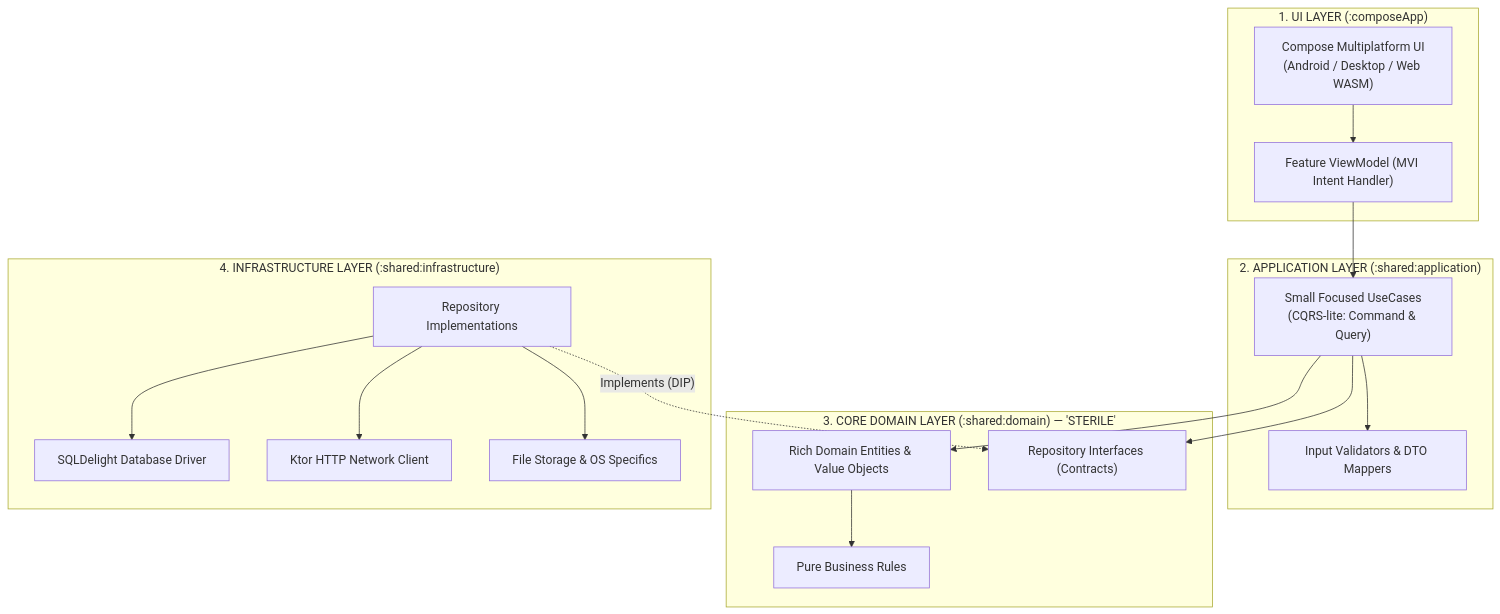
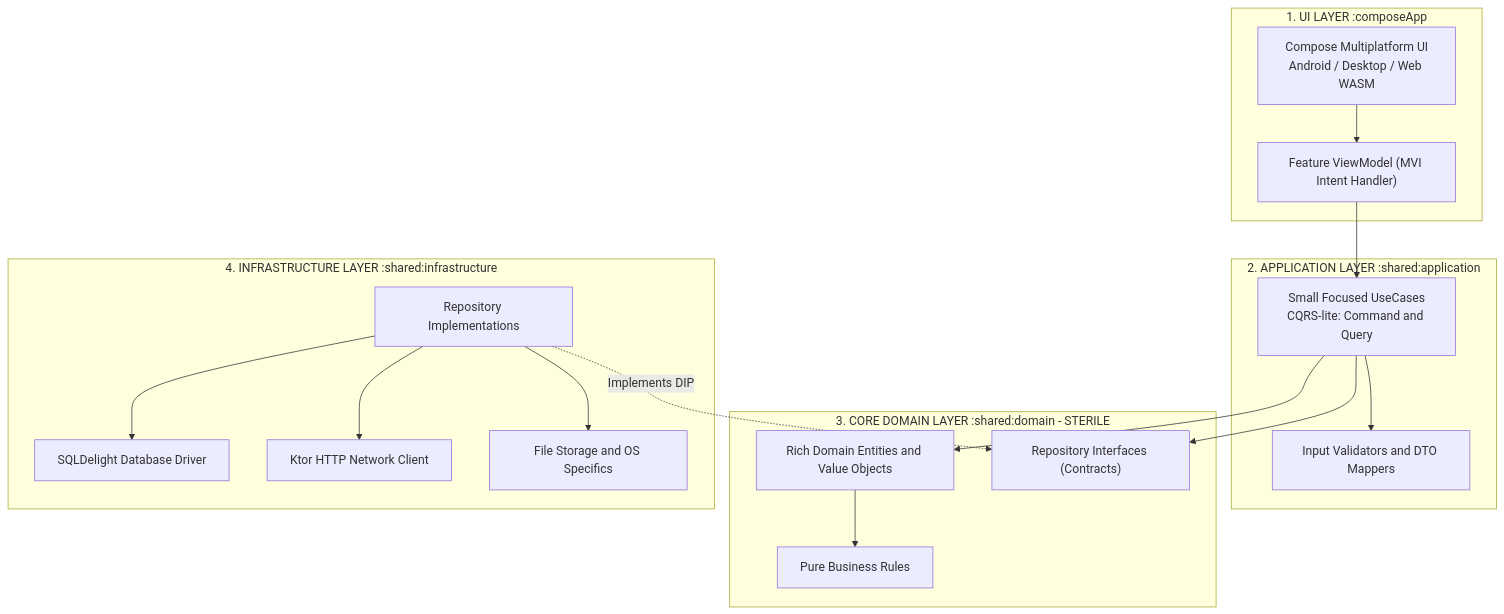
The first of 2 diagrams in content/posts/skills-kmp-architecture-design-patterns.en.md (vinh-gogo/glory-hinody), drawn with Mermaid before and after one commit. The commit also changed other lines of this file and 3 other files, not shown here.

Commit message:
fix: remove stat tags from post detail and fix mermaid diagram syntax

````diff
--- a/content/posts/skills-kmp-architecture-design-patterns.en.md
+++ b/content/posts/skills-kmp-architecture-design-patterns.en.md
@@ -57,35 +57,35 @@
 ```mermaid
 flowchart TD
-    subgraph UI_LAYER["1. UI LAYER (:composeApp)"]
-        UI["Compose Multiplatform UI<br/>(Android / Desktop / Web WASM)"]
+    subgraph UI_LAYER["1. UI LAYER :composeApp"]
+        UI["Compose Multiplatform UI<br/>Android / Desktop / Web WASM"]
         VM["Feature ViewModel (MVI Intent Handler)"]
         UI --> VM
     end
 
-    subgraph APP_LAYER["2. APPLICATION LAYER (:shared:application)"]
-        UC["Small Focused UseCases<br/>(CQRS-lite: Command & Query)"]
-        VAL["Input Validators & DTO Mappers"]
+    subgraph APP_LAYER["2. APPLICATION LAYER :shared:application"]
+        UC["Small Focused UseCases<br/>CQRS-lite: Command and Query"]
+        VAL["Input Validators and DTO Mappers"]
         VM --> UC
         UC --> VAL
     end
 
-    subgraph DOMAIN_LAYER["3. CORE DOMAIN LAYER (:shared:domain) — 'STERILE'"]
-        ENT["Rich Domain Entities & Value Objects"]
+    subgraph DOMAIN_LAYER["3. CORE DOMAIN LAYER :shared:domain - STERILE"]
+        ENT["Rich Domain Entities and Value Objects"]
         REPO_INT["Repository Interfaces (Contracts)"]
         RULES["Pure Business Rules"]
         UC --> REPO_INT
         UC --> ENT
         ENT --> RULES
     end
 
-    subgraph INFRA_LAYER["4. INFRASTRUCTURE LAYER (:shared:infrastructure)"]
+    subgraph INFRA_LAYER["4. INFRASTRUCTURE LAYER :shared:infrastructure"]
         SQL["SQLDelight Database Driver"]
         KTOR["Ktor HTTP Network Client"]
-        FS["File Storage & OS Specifics"]
+        FS["File Storage and OS Specifics"]
         REPO_IMPL["Repository Implementations"]
-        REPO_IMPL -.->|"Implements (DIP)"| REPO_INT
+        REPO_IMPL -.->|Implements DIP| REPO_INT
         REPO_IMPL --> SQL
         REPO_IMPL --> KTOR
         REPO_IMPL --> FS
     end
 ```
````
